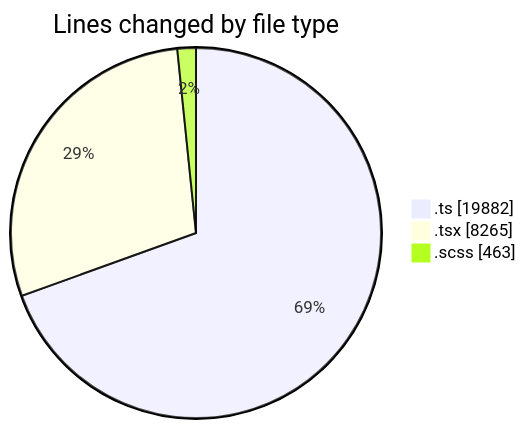
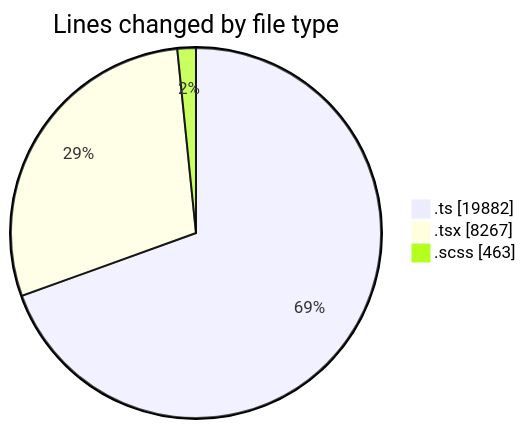
One commit to momahboobian/code-tracking changed the first of 2 diagrams in 2026-11-05/cda/README.md. Above: the diagram before and after it, drawn with Mermaid. The commit also changed other lines of this file and 1 other file, not shown here.

````diff
--- a/2026-11-05/cda/README.md
+++ b/2026-11-05/cda/README.md
@@ -49,7 +49,7 @@
 ```mermaid
 pie showData
 title Lines changed by file type
 ".ts" : 19882
-".tsx" : 8265
+".tsx" : 8267
 ".scss" : 463
 ```
````
